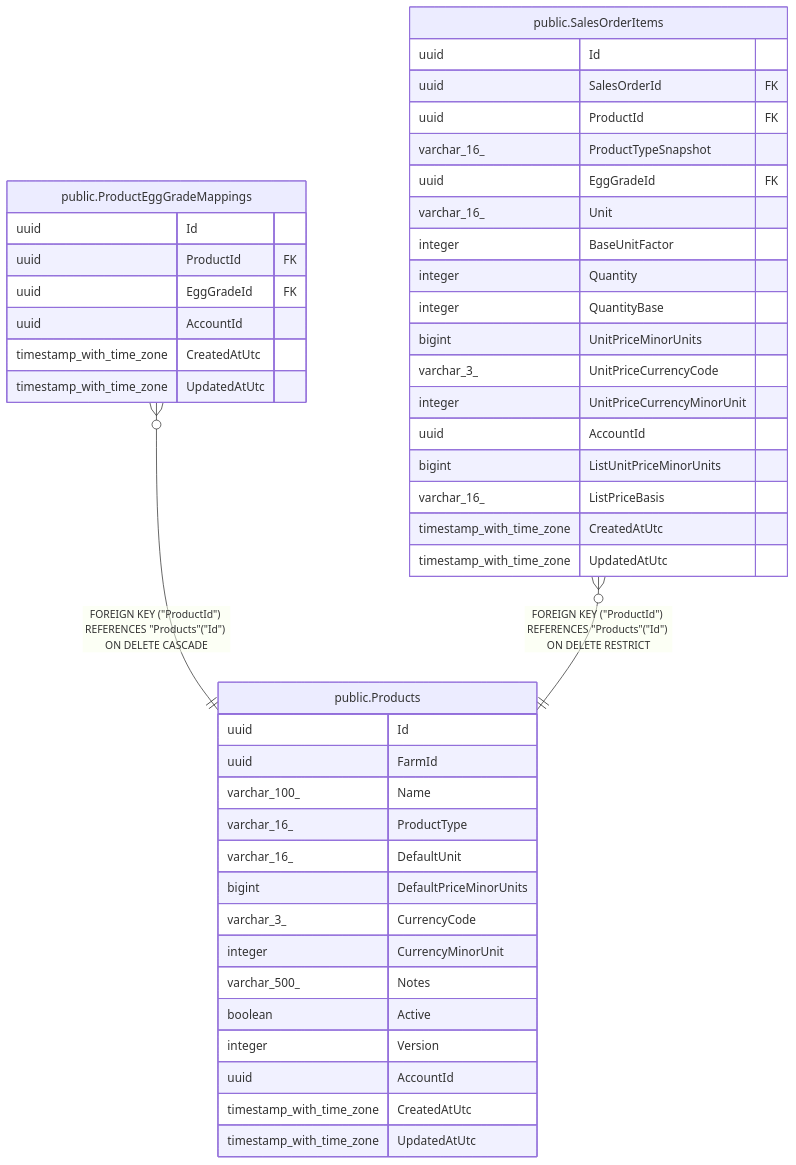
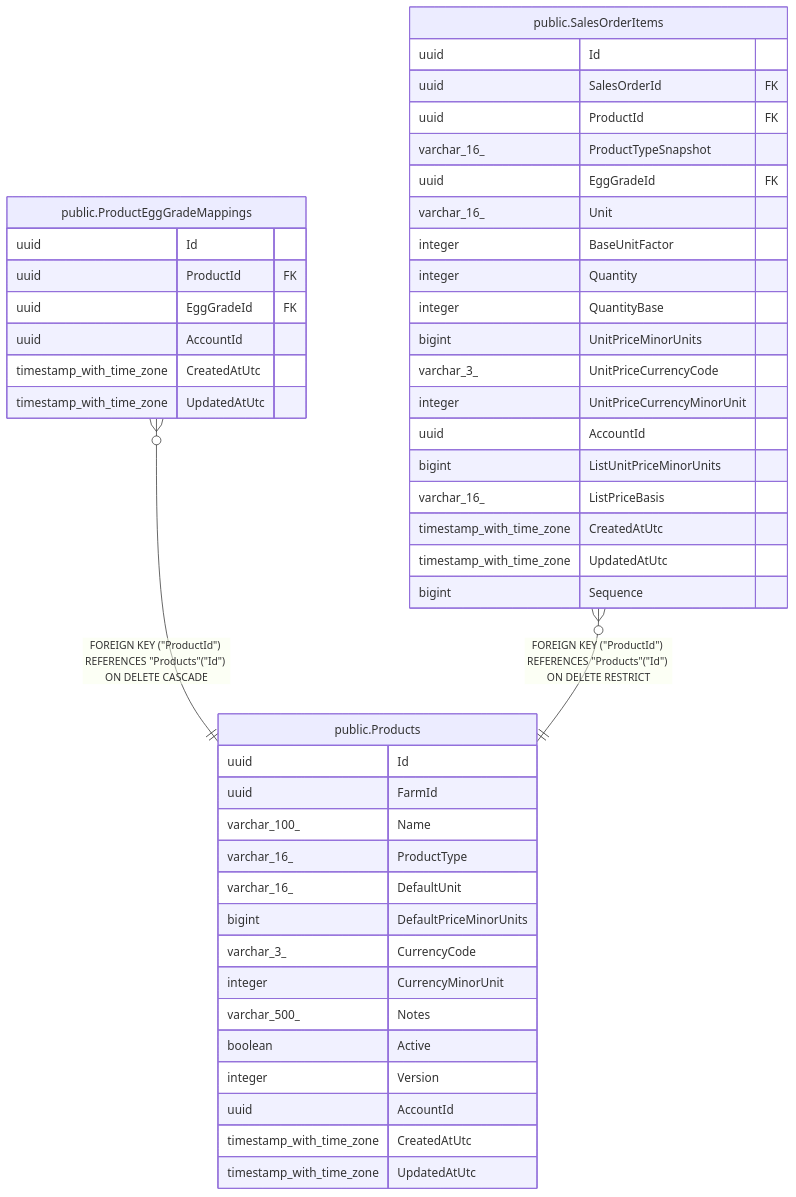
Before and after one commit to mforce/cluckwork: the diagram in docs/schema/public.Products.md, drawn with Mermaid. The commit also changed 35 other files, not shown here.

````diff
--- a/docs/schema/public.Products.md
+++ b/docs/schema/public.Products.md
@@ -61,50 +61,51 @@
 ```mermaid
 erDiagram
 
 "public.ProductEggGradeMappings" }o--|| "public.Products" : "FOREIGN KEY (#quot;ProductId#quot;) REFERENCES #quot;Products#quot;(#quot;Id#quot;) ON DELETE CASCADE"
 "public.SalesOrderItems" }o--|| "public.Products" : "FOREIGN KEY (#quot;ProductId#quot;) REFERENCES #quot;Products#quot;(#quot;Id#quot;) ON DELETE RESTRICT"
 
 "public.Products" {
   uuid Id
   uuid FarmId
   varchar_100_ Name
   varchar_16_ ProductType
   varchar_16_ DefaultUnit
   bigint DefaultPriceMinorUnits
   varchar_3_ CurrencyCode
   integer CurrencyMinorUnit
   varchar_500_ Notes
   boolean Active
   integer Version
   uuid AccountId
   timestamp_with_time_zone CreatedAtUtc
   timestamp_with_time_zone UpdatedAtUtc
 }
 "public.ProductEggGradeMappings" {
   uuid Id
   uuid ProductId FK
   uuid EggGradeId FK
   uuid AccountId
   timestamp_with_time_zone CreatedAtUtc
   timestamp_with_time_zone UpdatedAtUtc
 }
 "public.SalesOrderItems" {
   uuid Id
   uuid SalesOrderId FK
   uuid ProductId FK
   varchar_16_ ProductTypeSnapshot
   uuid EggGradeId FK
   varchar_16_ Unit
   integer BaseUnitFactor
   integer Quantity
   integer QuantityBase
   bigint UnitPriceMinorUnits
   varchar_3_ UnitPriceCurrencyCode
   integer UnitPriceCurrencyMinorUnit
   uuid AccountId
   bigint ListUnitPriceMinorUnits
   varchar_16_ ListPriceBasis
   timestamp_with_time_zone CreatedAtUtc
   timestamp_with_time_zone UpdatedAtUtc
+  bigint Sequence
 }
 ```
````
